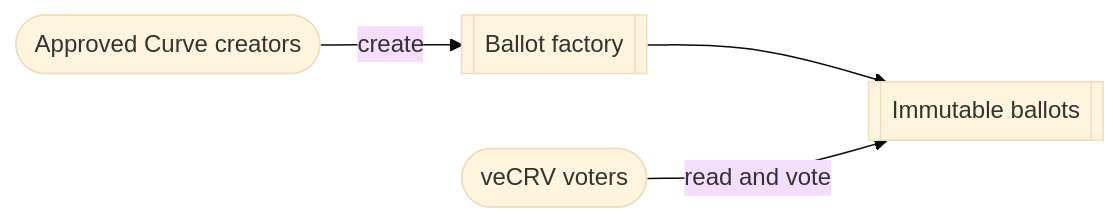
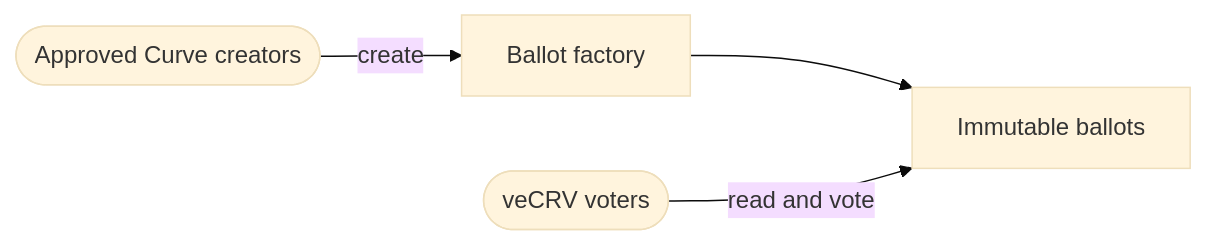
The diagram in README.md (wavey0x/vecrv-choice-poll), drawn with Mermaid (base theme) before and after one commit.

Commit message:
Use rectangular contract nodes

````diff
--- a/README.md
+++ b/README.md
@@ -9,6 +9,6 @@
 ```mermaid
 flowchart LR
-    Creators([Approved Curve creators]) -->|create| Factory[[Ballot factory]]
-    Factory --> Ballots[[Immutable ballots]]
+    Creators([Approved Curve creators]) -->|create| Factory[Ballot factory]
+    Factory --> Ballots[Immutable ballots]
     Voters([veCRV voters]) -->|read and vote| Ballots
 ```
````
